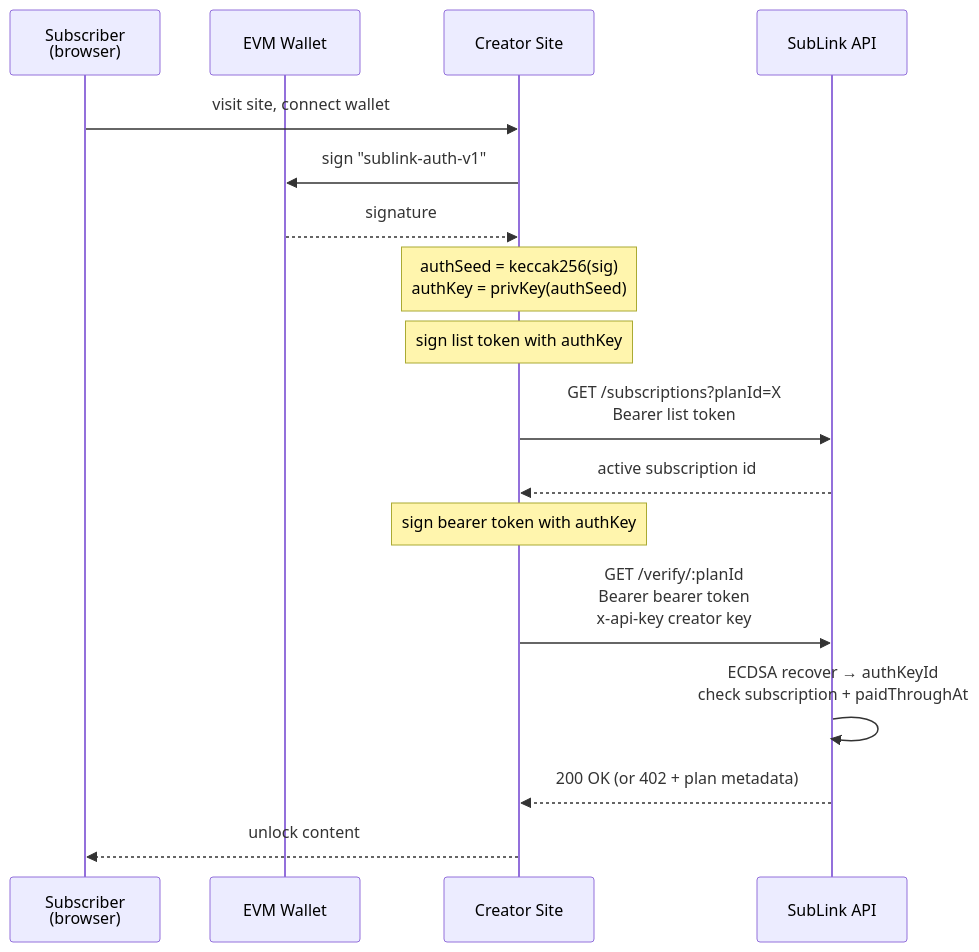
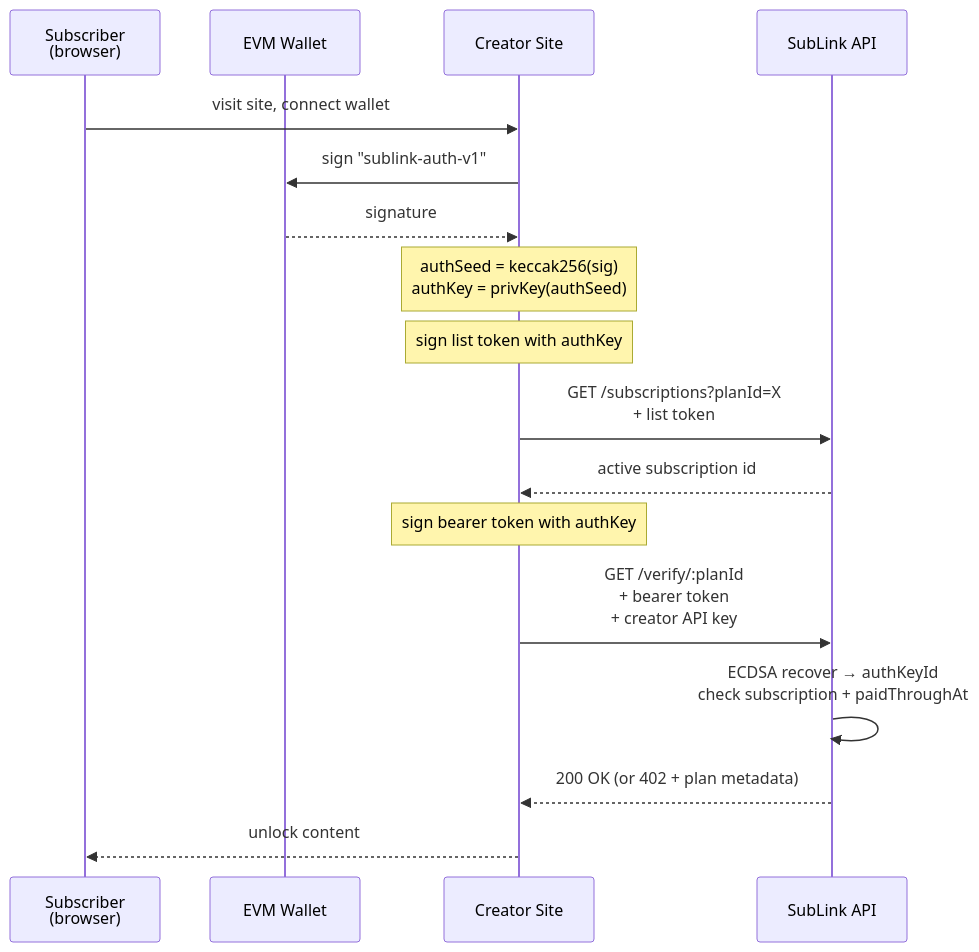
One commit to chebykin/SubLink changed the diagram in README.md. Above: the diagram before and after it, drawn with Mermaid. The commit also changed other lines of this file, not shown here.

````diff
--- a/README.md
+++ b/README.md
@@ -89,22 +89,22 @@
 ```mermaid
 sequenceDiagram
     participant U as Subscriber<br/>(browser)
     participant W as EVM Wallet
     participant C as Creator Site
     participant S as SubLink API
 
     U->>C: visit site, connect wallet
     C->>W: sign "sublink-auth-v1"
     W-->>C: signature
     Note over C: authSeed = keccak256(sig)<br/>authKey = privKey(authSeed)
 
     Note over C: sign list token with authKey
-    C->>S: GET /subscriptions?planId=X<br/>Bearer list token
+    C->>S: GET /subscriptions?planId=X<br/>+ list token
     S-->>C: active subscription id
 
     Note over C: sign bearer token with authKey
-    C->>S: GET /verify/:planId<br/>Bearer bearer token<br/>x-api-key creator key
+    C->>S: GET /verify/:planId<br/>+ bearer token<br/>+ creator API key
     S->>S: ECDSA recover → authKeyId<br/>check subscription + paidThroughAt
     S-->>C: 200 OK  (or 402 + plan metadata)
     C-->>U: unlock content
 ```
````
